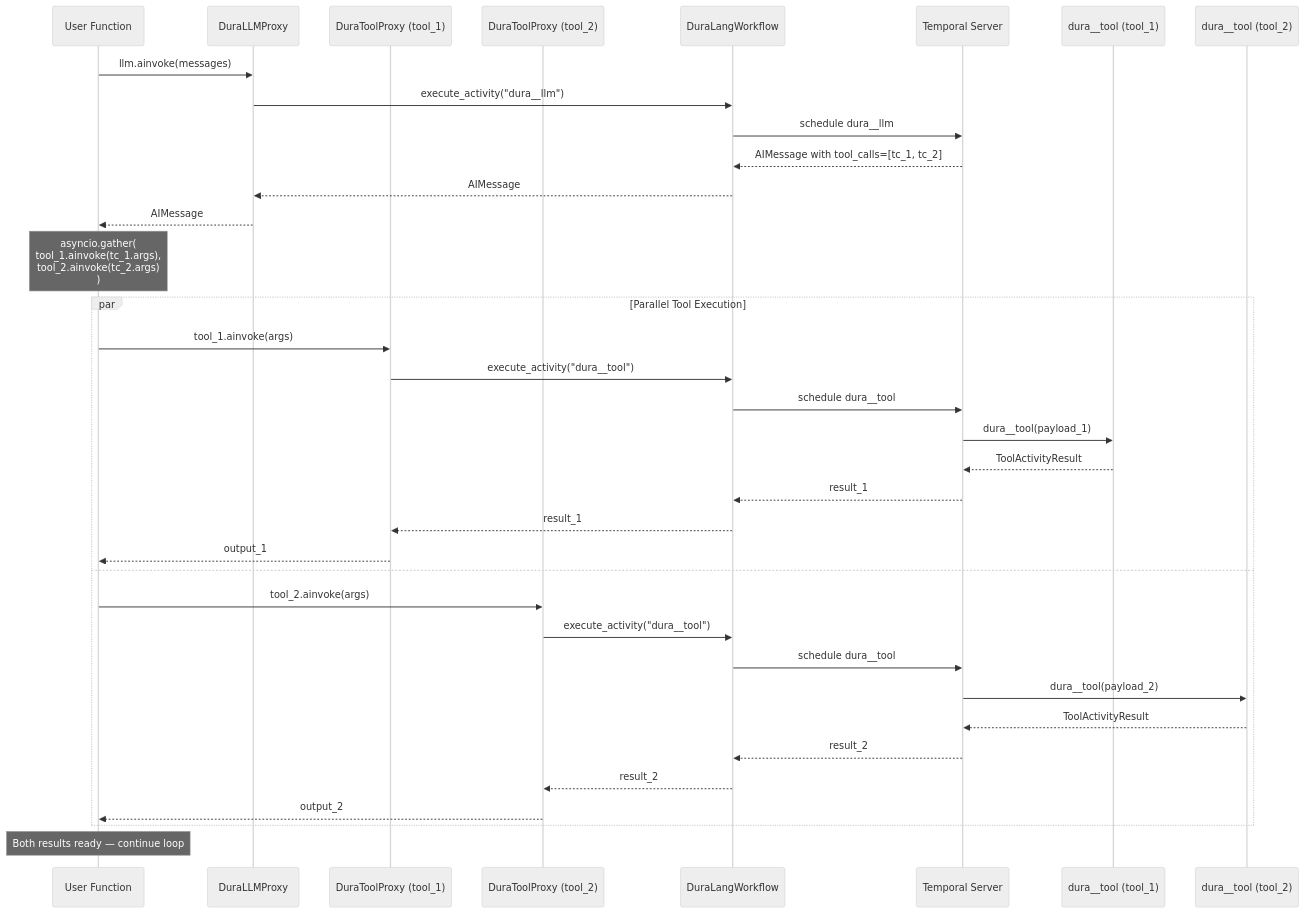
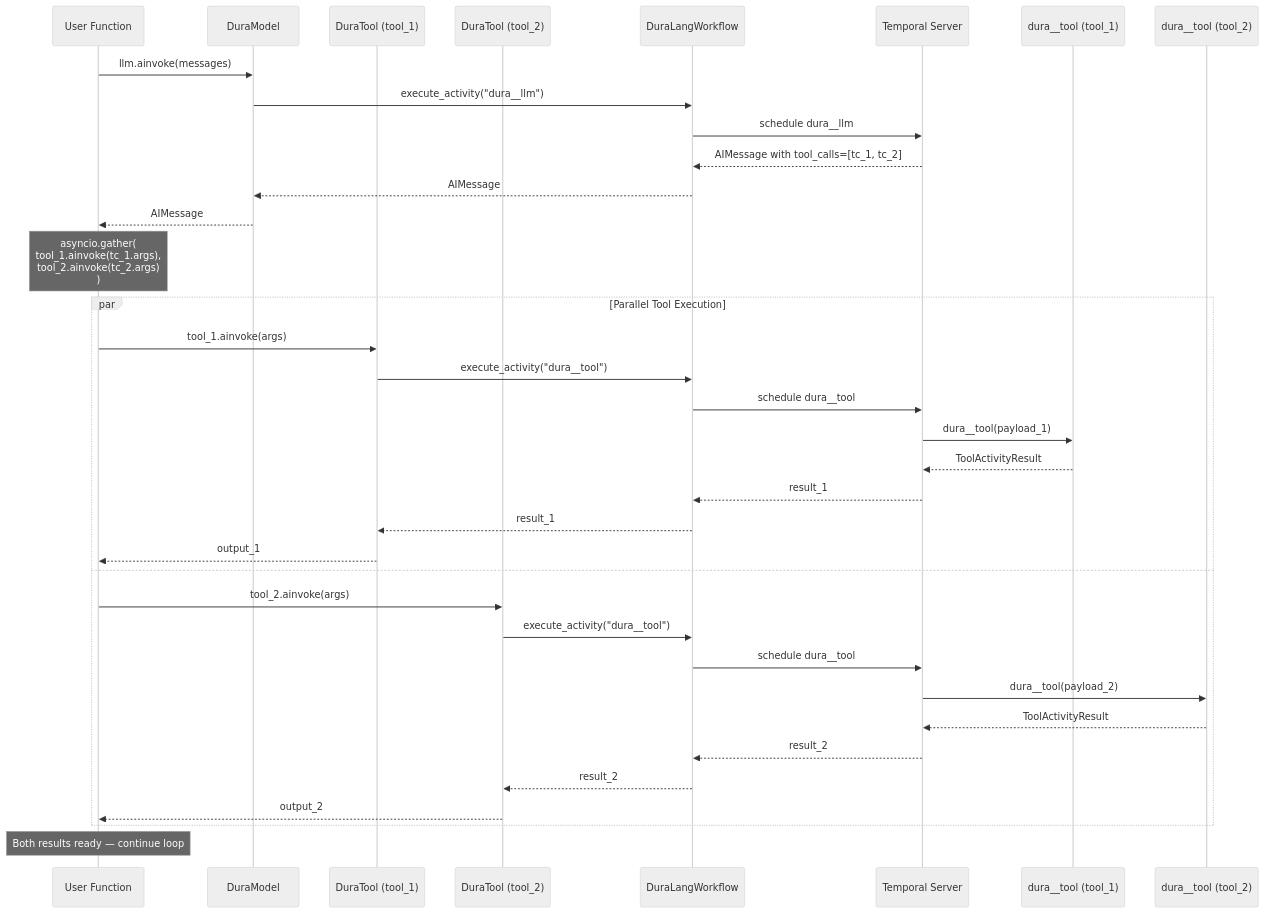
Before and after one commit to deepansh-saxena/DuraLang: the third of 8 diagrams in docs/architecture.md, drawn with Mermaid (neutral theme). The commit also changed other lines of this file and 97 other files, not shown here.

````diff
--- a/docs/architecture.md
+++ b/docs/architecture.md
@@ -126,42 +121,42 @@
 ```mermaid
 sequenceDiagram
     participant UserFn as User Function
-    participant LLMProxy as DuraLLMProxy
-    participant ToolProxy1 as DuraToolProxy (tool_1)
-    participant ToolProxy2 as DuraToolProxy (tool_2)
+    participant LLMProxy as DuraModel
+    participant ToolProxy1 as DuraTool (tool_1)
+    participant ToolProxy2 as DuraTool (tool_2)
     participant WF as DuraLangWorkflow
     participant T as Temporal Server
     participant A1 as dura__tool (tool_1)
     participant A2 as dura__tool (tool_2)
 
     UserFn->>LLMProxy: llm.ainvoke(messages)
     LLMProxy->>WF: execute_activity("dura__llm")
     WF->>T: schedule dura__llm
     T-->>WF: AIMessage with tool_calls=[tc_1, tc_2]
     WF-->>LLMProxy: AIMessage
     LLMProxy-->>UserFn: AIMessage
 
     Note over UserFn: asyncio.gather(<br/>  tool_1.ainvoke(tc_1.args),<br/>  tool_2.ainvoke(tc_2.args)<br/>)
 
     par Parallel Tool Execution
         UserFn->>ToolProxy1: tool_1.ainvoke(args)
         ToolProxy1->>WF: execute_activity("dura__tool")
         WF->>T: schedule dura__tool
         T->>A1: dura__tool(payload_1)
         A1-->>T: ToolActivityResult
         T-->>WF: result_1
         WF-->>ToolProxy1: result_1
         ToolProxy1-->>UserFn: output_1
     and
         UserFn->>ToolProxy2: tool_2.ainvoke(args)
         ToolProxy2->>WF: execute_activity("dura__tool")
         WF->>T: schedule dura__tool
         T->>A2: dura__tool(payload_2)
         A2-->>T: ToolActivityResult
         T-->>WF: result_2
         WF-->>ToolProxy2: result_2
         ToolProxy2-->>UserFn: output_2
     end
 
     Note over UserFn: Both results ready — continue loop
 ```
````
